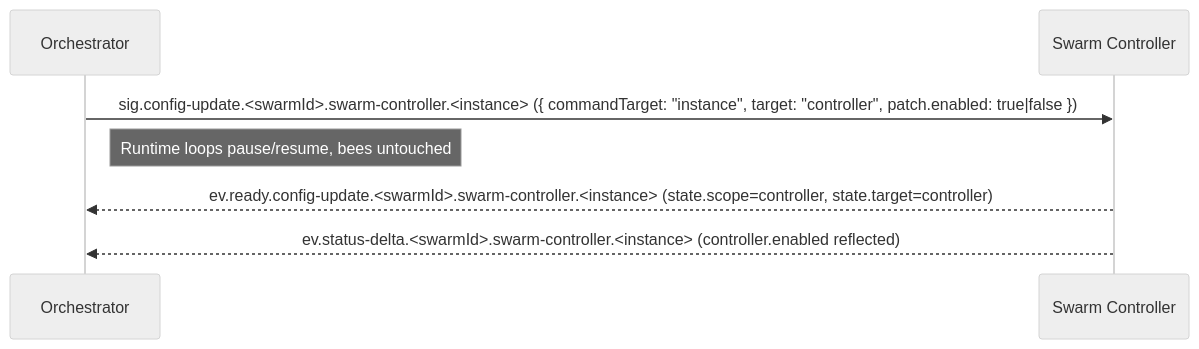
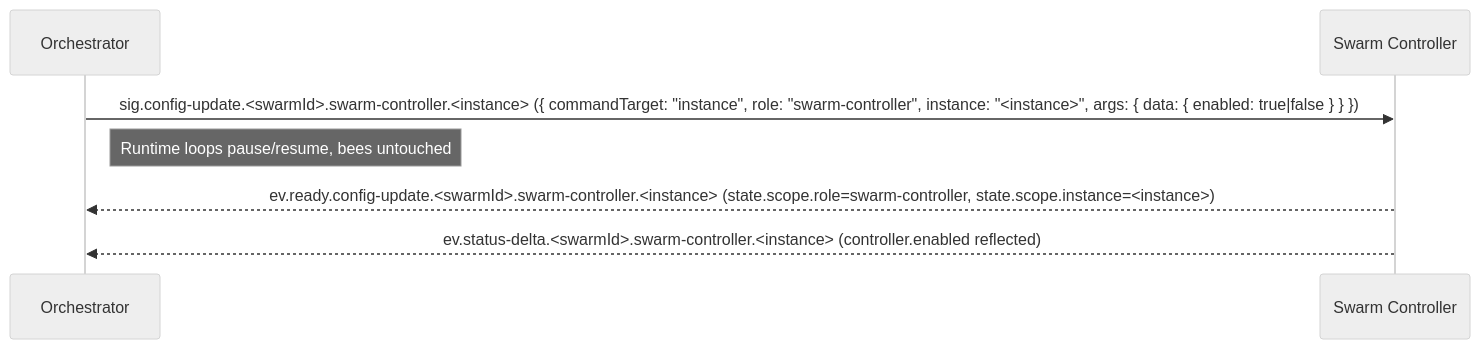
Before and after one commit to sepa79/PocketHive: the fifth of 8 diagrams in docs/ARCHITECTURE.md, drawn with Mermaid (neutral theme). The commit also changed other lines of this file and 28 other files, not shown here.

````diff
--- a/docs/ARCHITECTURE.md
+++ b/docs/ARCHITECTURE.md
@@ -213,10 +213,10 @@
 ```mermaid
 sequenceDiagram
   participant QN as Orchestrator
   participant MSH as Swarm Controller
 
-  QN->>MSH: sig.config-update.<swarmId>.swarm-controller.<instance> ({ commandTarget: "instance", target: "controller", patch.enabled: true|false })
+  QN->>MSH: sig.config-update.<swarmId>.swarm-controller.<instance> ({ commandTarget: "instance", role: "swarm-controller", instance: "<instance>", args: { data: { enabled: true|false } } })
   note right of QN: Runtime loops pause/resume, bees untouched
-  MSH-->>QN: ev.ready.config-update.<swarmId>.swarm-controller.<instance> (state.scope=controller, state.target=controller)
+  MSH-->>QN: ev.ready.config-update.<swarmId>.swarm-controller.<instance> (state.scope.role=swarm-controller, state.scope.instance=<instance>)
   MSH-->>QN: ev.status-delta.<swarmId>.swarm-controller.<instance> (controller.enabled reflected)
 ```
````
